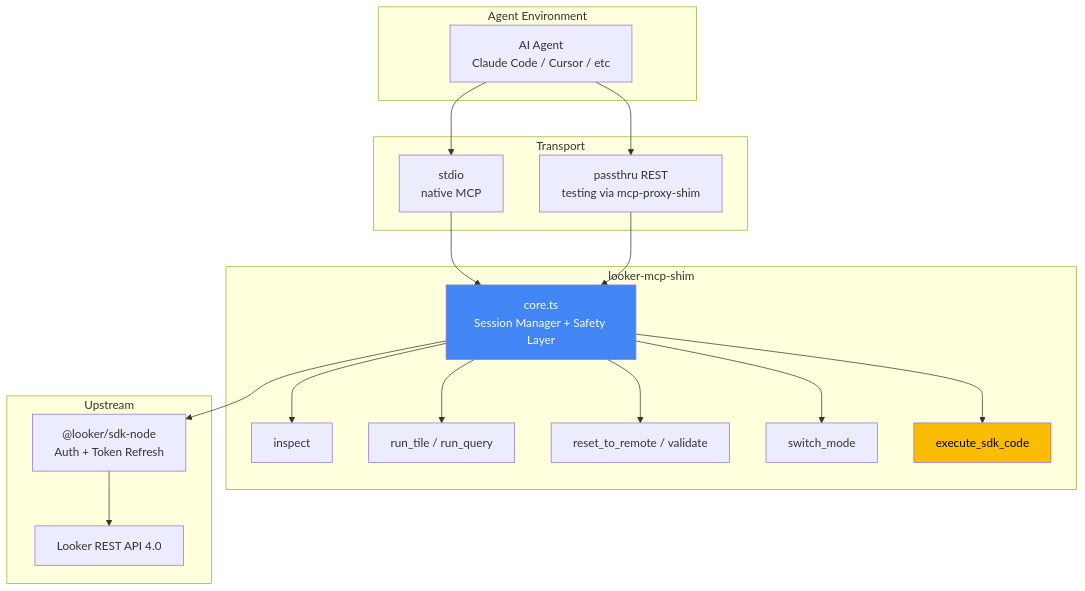
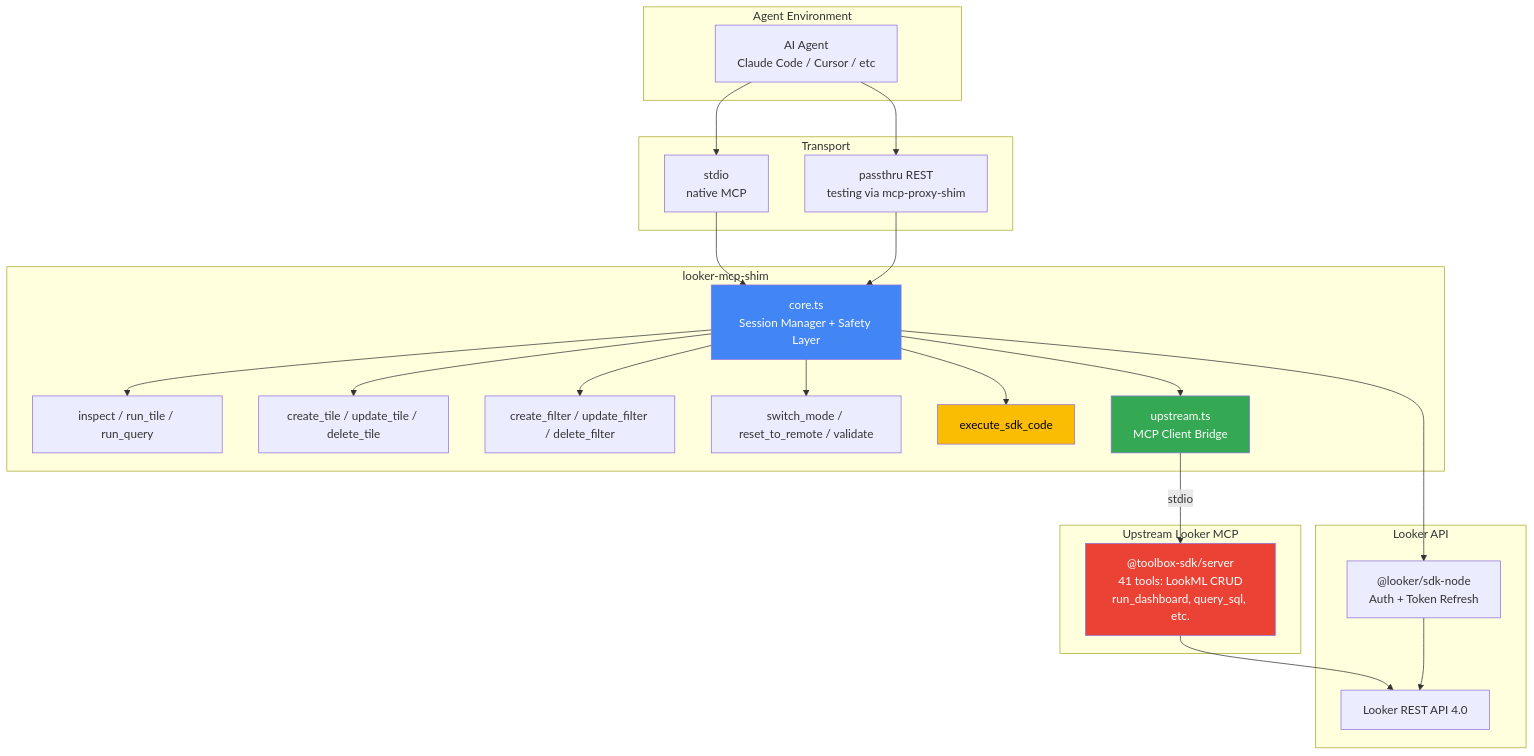
The first of 4 diagrams in README.md (luutuankiet/looker-mcp-shim), drawn with Mermaid before and after one commit. The commit also changed other lines of this file and 3 other files, not shown here.

First line of the commit message:
feat: unified server — bridge upstream Looker MCP (41 tools) into single endpoint

````diff
--- a/README.md
+++ b/README.md
@@ -30,40 +30,50 @@
 ```mermaid
 graph TD
     subgraph "Agent Environment"
         A["AI Agent<br/>Claude Code / Cursor / etc"]
     end
 
     subgraph "Transport"
         B["stdio<br/>native MCP"]
         C["passthru REST<br/>testing via mcp-proxy-shim"]
     end
 
     subgraph "looker-mcp-shim"
         D["core.ts<br/>Session Manager + Safety Layer"]
-        E["inspect"]
-        F["run_tile / run_query"]
-        G["reset_to_remote / validate"]
-        H["switch_mode"]
+        E["inspect / run_tile / run_query"]
+        F["create_tile / update_tile / delete_tile"]
+        G["create_filter / update_filter / delete_filter"]
+        H["switch_mode / reset_to_remote / validate"]
         I["execute_sdk_code"]
+        U["upstream.ts<br/>MCP Client Bridge"]
     end
 
-    subgraph "Upstream"
+    subgraph "Upstream Looker MCP"
+        V["@toolbox-sdk/server<br/>41 tools: LookML CRUD<br/>run_dashboard, query_sql, etc."]
+    end
+
+    subgraph "Looker API"
         J["@looker/sdk-node<br/>Auth + Token Refresh"]
         K["Looker REST API 4.0"]
     end
 
     A --> B
     A --> C
     B --> D
     C --> D
     D --> E
     D --> F
     D --> G
     D --> H
     D --> I
+    D --> U
+    U -->|stdio| V
+    V --> K
     D --> J
     J --> K
 
     style D fill:#4285F4,color:#fff
     style I fill:#FBBC04,color:#000
+    style U fill:#34A853,color:#fff
+    style V fill:#EA4335,color:#fff
 ```
````
